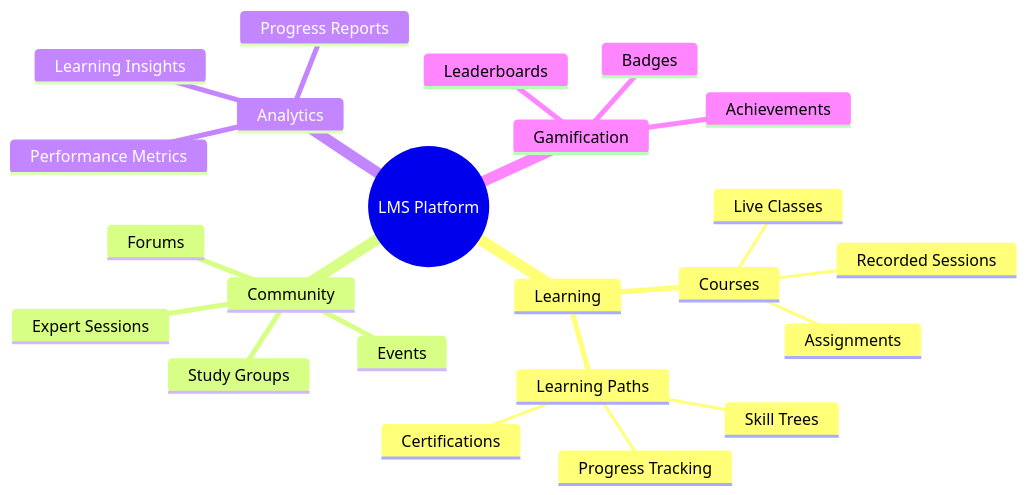
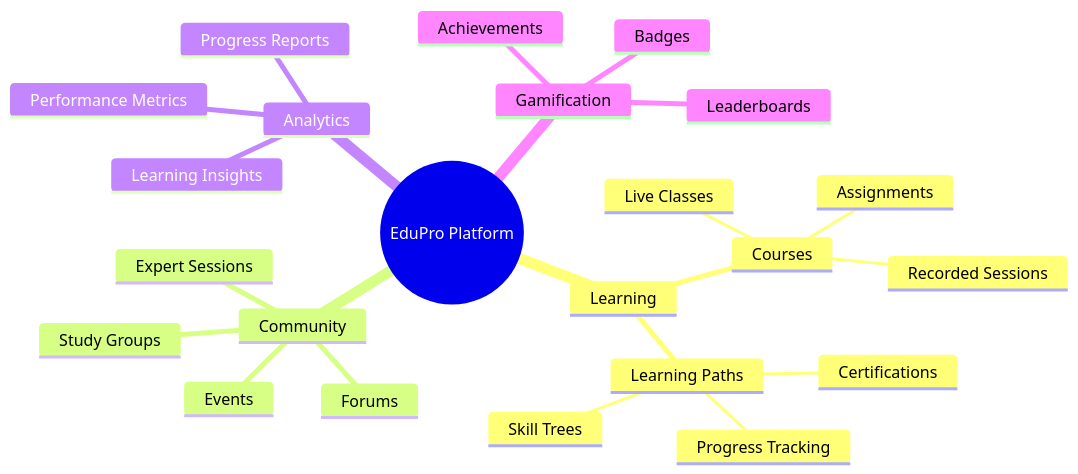
The fourth of 4 diagrams in README.md (BrianKN019/eduspark-portal), drawn with Mermaid before and after one commit. The commit also changed other lines of this file and 6 other files, not shown here.

````diff
--- a/README.md
+++ b/README.md
@@ -158,26 +158,26 @@
 ```mermaid
 mindmap
-  root((LMS Platform))
+  root((EduPro Platform))
     Learning
       Courses
         Live Classes
         Recorded Sessions
         Assignments
       Learning Paths
         Skill Trees
         Progress Tracking
         Certifications
     Community
       Forums
       Study Groups
       Expert Sessions
       Events
     Analytics
       Progress Reports
       Performance Metrics
       Learning Insights
     Gamification
       Badges
       Achievements
       Leaderboards
 ```
````
